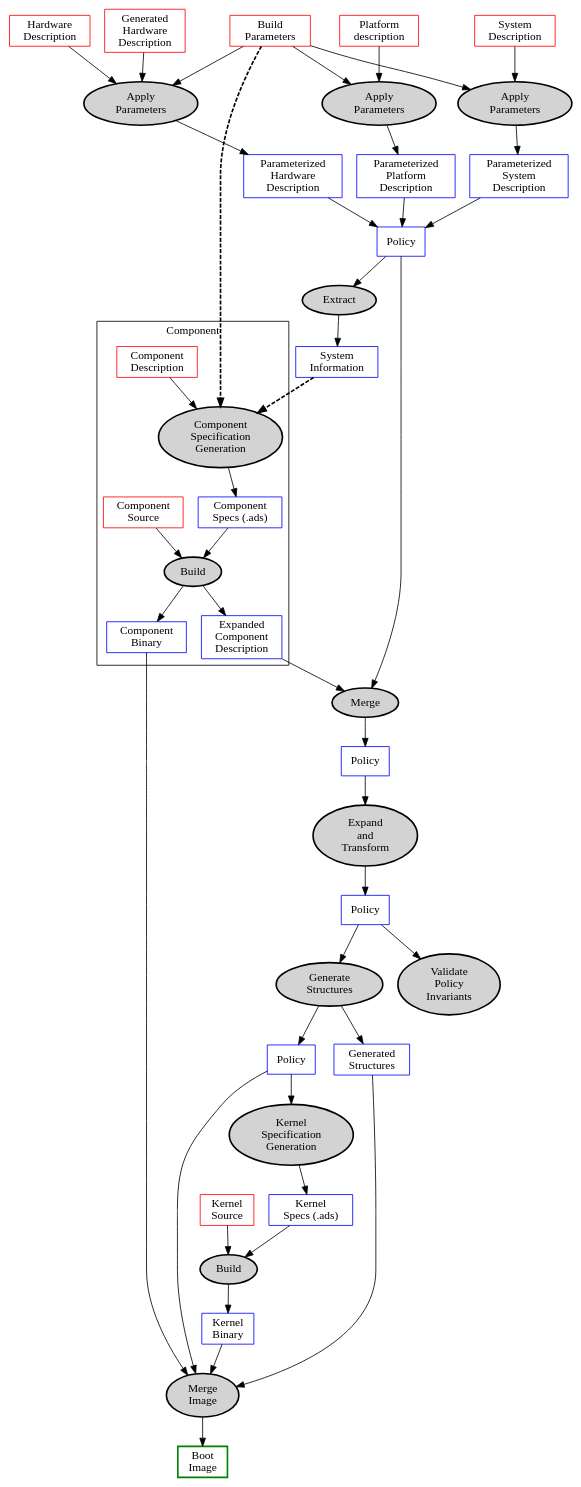
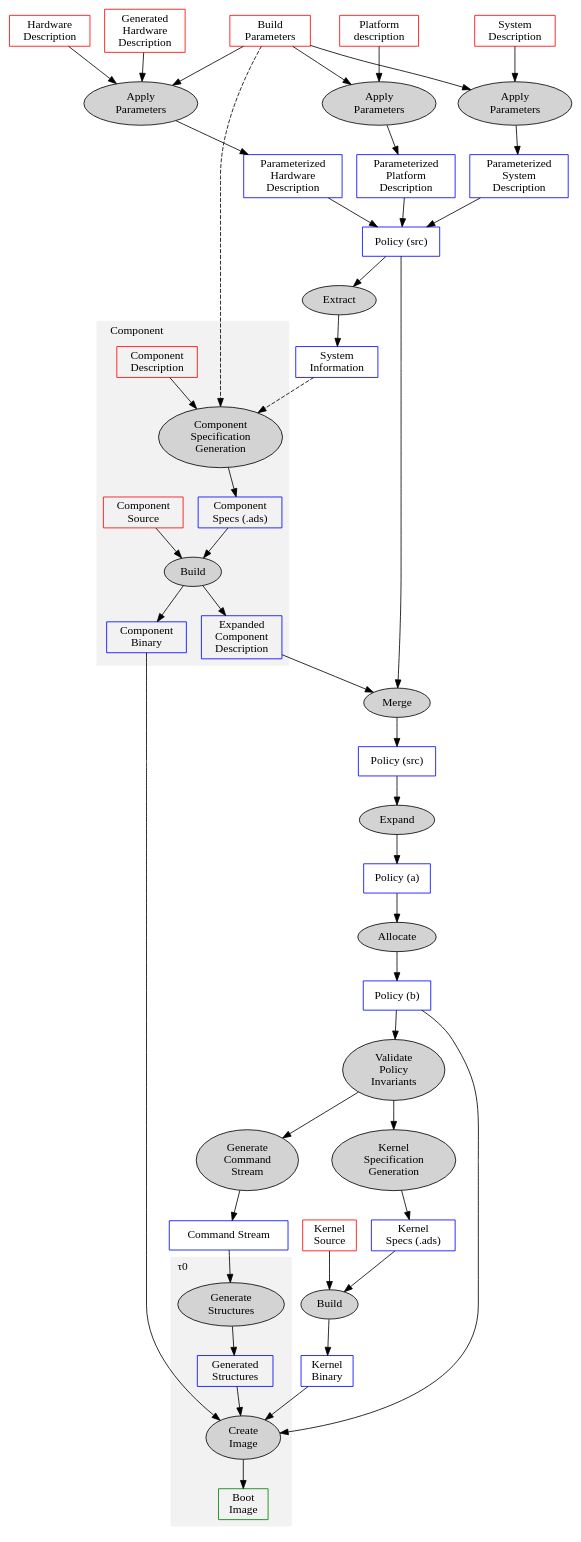
One commit to codelabs-ch/muen-tools changed the diagram in libmuxml/doc/build_overview.dot. Above: the diagram before and after it, drawn with Graphviz.

Commit message:
Switch to tau0 build graph

```diff
--- a/libmuxml/doc/build_overview.dot
+++ b/libmuxml/doc/build_overview.dot
@@ -1,127 +1,143 @@
 digraph build {
-  node [rank=max]
 
   subgraph {
     node [shape=box, color=red]
 
     params [label="Build\nParameters"]
     systemdescr [label="System\nDescription"]
     ghwdescr [label="Generated\nHardware\nDescription"]
     hwdescr [label="Hardware\nDescription"]
     platformdescr [label="Platform\ndescription"]
     kernel [label="Kernel\nSource"]
     cd [label="Component\nDescription"]
     csrc [label="Component\nSource"]
   }
 
   subgraph {
     node [shape=box, color=blue]
 
     psd [label="Parameterized\nSystem\nDescription"]
     phd [label="Parameterized\nHardware\nDescription"]
     ppd [label="Parameterized\nPlatform\nDescription"]
     si [label="System\nInformation"]
 
     cdx [label="Expanded\nComponent\nDescription"]
-  
+
     cb [label="Component\nBinary"]
     kb [label="Kernel\nBinary"]
 
-    p1 [label="Policy"]
-    p2 [label="Policy"]
-    p3 [label="Policy"]
-    p4 [label="Policy"]
+    p1 [label="Policy (src)"]
+    p2 [label="Policy (src)"]
+    p3 [label="Policy (a)"]
+    p4 [label="Policy (b)"]
+
+    p_cmd [label="Command Stream"]
 
     structs [label="Generated\nStructures"]
 
     ks [label="Kernel\nSpecs (.ads)"]
     cs [label="Component\nSpecs (.ads)"]
   }
 
-
   subgraph {
-    node [shape=oval, color=black, style="bold,filled", fillcolor=lightgray]
+    node [shape=oval, color=black, style="filled", fillcolor=lightgray]
 
     pda [label="Apply\nParameters"]
     sda [label="Apply\nParameters"]
     hda [label="Apply\nParameters"]
 
     cbuild [label="Build"]
-  
+
     p1tosi [label="Extract"]
     p2merge [label="Merge"]
-    transform [label="Expand\nand\nTransform"]
+    expand [label="Expand"]
+    allocate [label="Allocate"]
     generate [label="Generate\nStructures"]
+    cmdstream [label="Generate\nCommand\nStream"]
     kbuild [label="Build"]
 
     csg [label="Component\nSpecification\nGeneration"]
     ksg [label="Kernel\nSpecification\nGeneration"]
 
     validate [label="Validate\nPolicy\nInvariants"]
-    merge [label="Merge\nImage"]
+    merge [label="Create\nImage"]
 
   }
 
-  img [shape=box,label="Boot\nImage", style="bold", color=green]
+  img [shape=box,label="Boot\nImage", color=green]
 
   params -> pda
   params -> sda
   params -> hda
   systemdescr -> sda
   ghwdescr -> hda
   hwdescr -> hda
   platformdescr -> pda
 
   pda -> ppd
   sda -> psd
   hda -> phd
 
   psd -> p1
   phd -> p1
   ppd -> p1
 
   p1 -> p1tosi
   p1tosi -> si
 
   p1 -> p2merge
   cdx -> p2merge
 
   p2merge -> p2
 
-  p2 -> transform
-  transform -> p3
+  p2 -> expand
+  expand -> p3
 
-  p3 -> generate
-  generate -> p4
-  generate -> structs
+  p3 -> allocate
+  allocate -> p4
 
-  p3 -> validate
+  p4 -> validate
 
   kernel -> kbuild
-  p4 -> ksg
+  validate -> ksg
   ksg -> ks
   ks -> kbuild
 
   kbuild -> kb
+
+  validate -> cmdstream
+  cmdstream -> p_cmd
+  p_cmd -> generate
 
   p4 -> merge
   kb -> merge
   structs -> merge
   cb -> merge
 
-  merge -> img
-  
-  si -> csg [style="bold,dashed"]
-  params -> csg [style="bold,dashed"]
+  si -> csg [style="dashed"]
+  params -> csg [style="dashed"]
 
   subgraph cluster_component {
+    style=filled
+    color=gray95
     label=Component
+    labeljust=l
+
     cd -> csg
     cs -> cbuild
     csg -> cs
     csrc -> cbuild
     cbuild -> cdx
     cbuild -> cb
   }
-  
+
+  subgraph cluster_tau0 {
+    style=filled
+    color=gray95
+    label=<&tau;0>
+
+    labeljust=l
+    generate -> structs
+    merge -> img
+  }
 }
```
